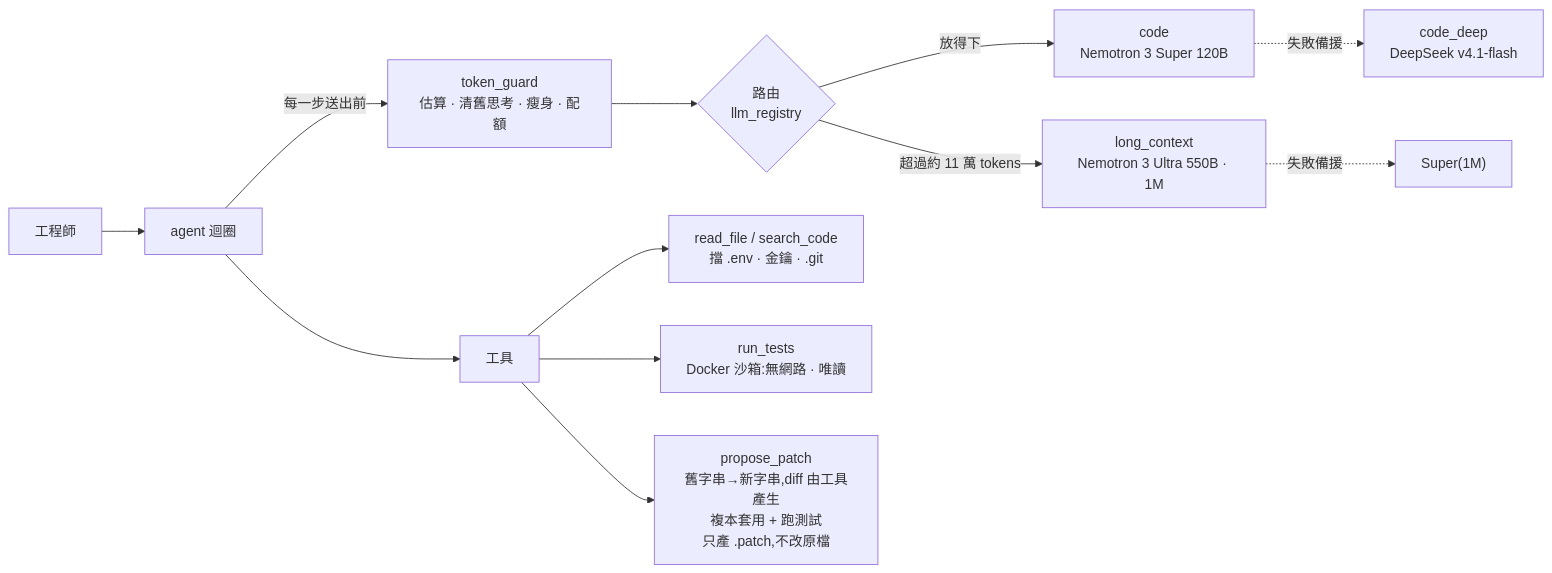
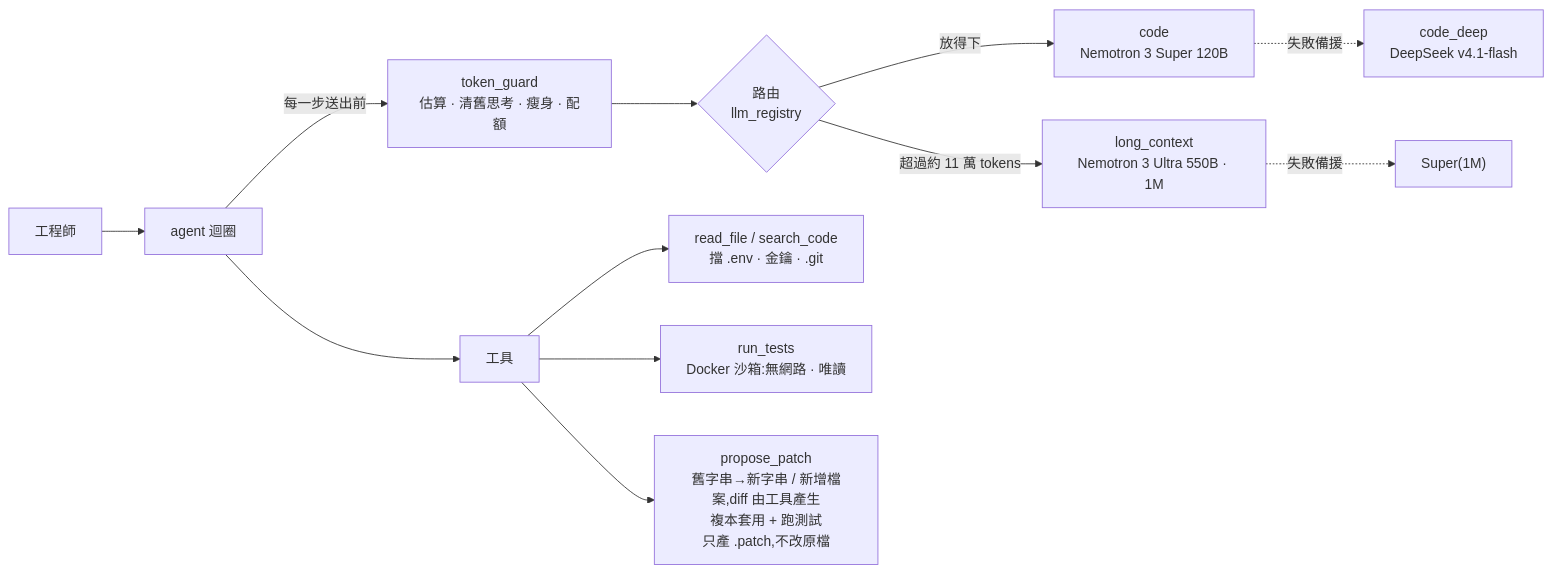
Before and after one commit to inform199751-crypto/nvidia-dev-assistant: the diagram in README.md, drawn with Mermaid. The commit also changed other lines of this file and 3 other files, not shown here.

First line of the commit message:
propose_patch: allow adding new files

````diff
--- a/README.md
+++ b/README.md
@@ -11,14 +11,14 @@
 ```mermaid
 flowchart LR
     U[工程師] --> A[agent 迴圈]
     A -->|每一步送出前| G["token_guard<br/>估算 · 清舊思考 · 瘦身 · 配額"]
     G --> R{"路由<br/>llm_registry"}
     R -->|放得下| S["code<br/>Nemotron 3 Super 120B"]
     R -->|"超過約 11 萬 tokens"| L["long_context<br/>Nemotron 3 Ultra 550B · 1M"]
     S -. 失敗備援 .-> D["code_deep<br/>DeepSeek v4.1-flash"]
     L -. 失敗備援 .-> S2["Super(1M)"]
     A --> T[工具]
     T --> T1["read_file / search_code<br/>擋 .env · 金鑰 · .git"]
     T --> T2["run_tests<br/>Docker 沙箱:無網路 · 唯讀"]
-    T --> T3["propose_patch<br/>舊字串→新字串,diff 由工具產生<br/>複本套用 + 跑測試<br/>只產 .patch,不改原檔"]
+    T --> T3["propose_patch<br/>舊字串→新字串 / 新增檔案,diff 由工具產生<br/>複本套用 + 跑測試<br/>只產 .patch,不改原檔"]
 ```
````
